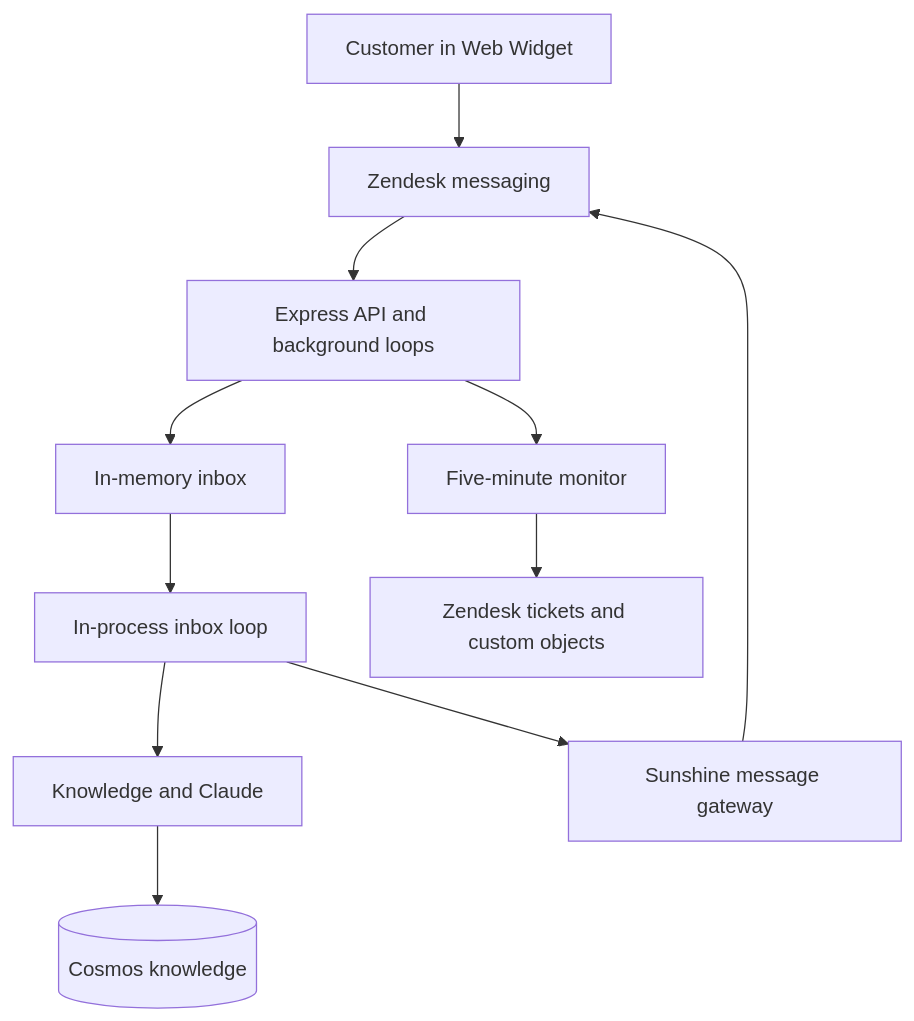
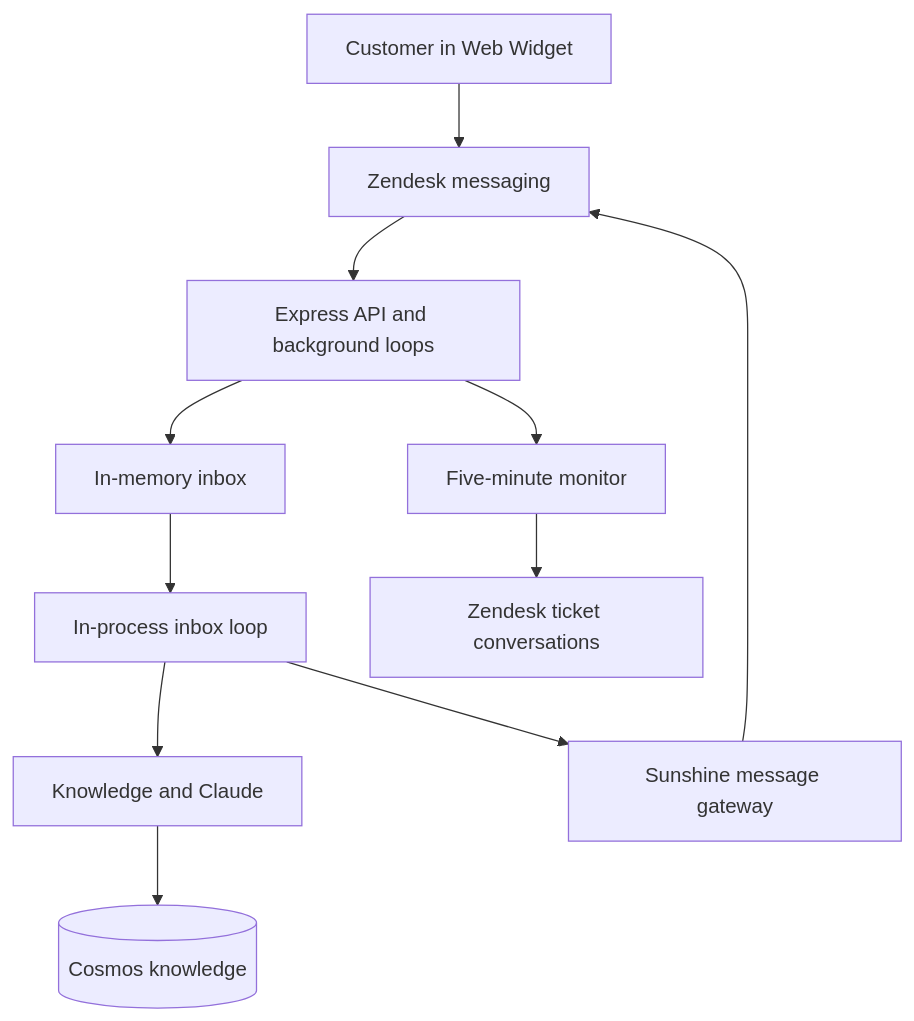
Before and after one commit to iadarshrawat/zendesk-chat-bot: the first of 10 diagrams in docs/FLOWS.md, drawn with Mermaid. The commit also changed other lines of this file and 46 other files, not shown here.

````diff
--- a/docs/FLOWS.md
+++ b/docs/FLOWS.md
@@ -5,13 +5,13 @@
 ```mermaid
 flowchart TD
     Customer[Customer in Web Widget] --> Zendesk[Zendesk messaging]
     Zendesk --> Web[Express API and background loops]
     Web --> Inbox[In-memory inbox]
     Inbox --> Worker[In-process inbox loop]
     Worker --> RAG[Knowledge and Claude]
     RAG --> Cosmos[(Cosmos knowledge)]
     Worker --> Gateway[Sunshine message gateway]
     Gateway --> Zendesk
     Web --> Monitor[Five-minute monitor]
-    Monitor --> Tickets[Zendesk tickets and custom objects]
+    Monitor --> Tickets[Zendesk ticket conversations]
 ```
````
